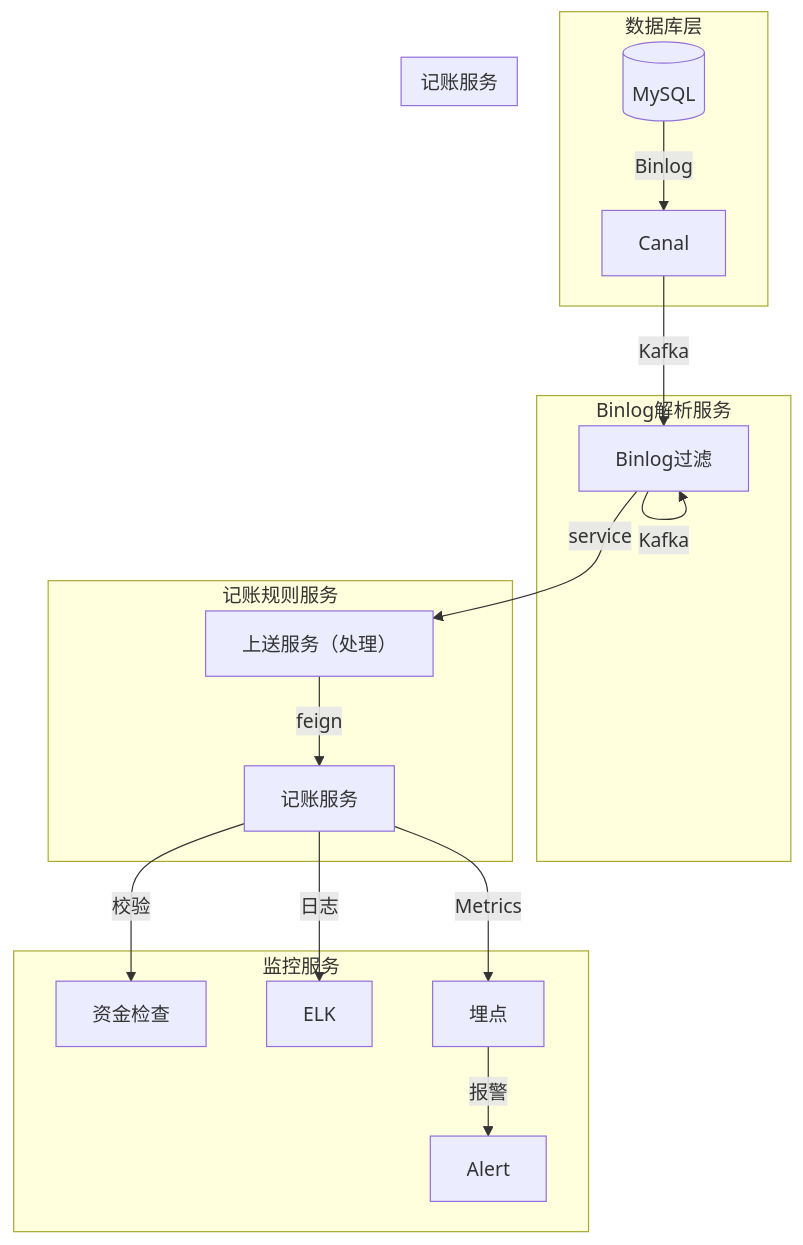
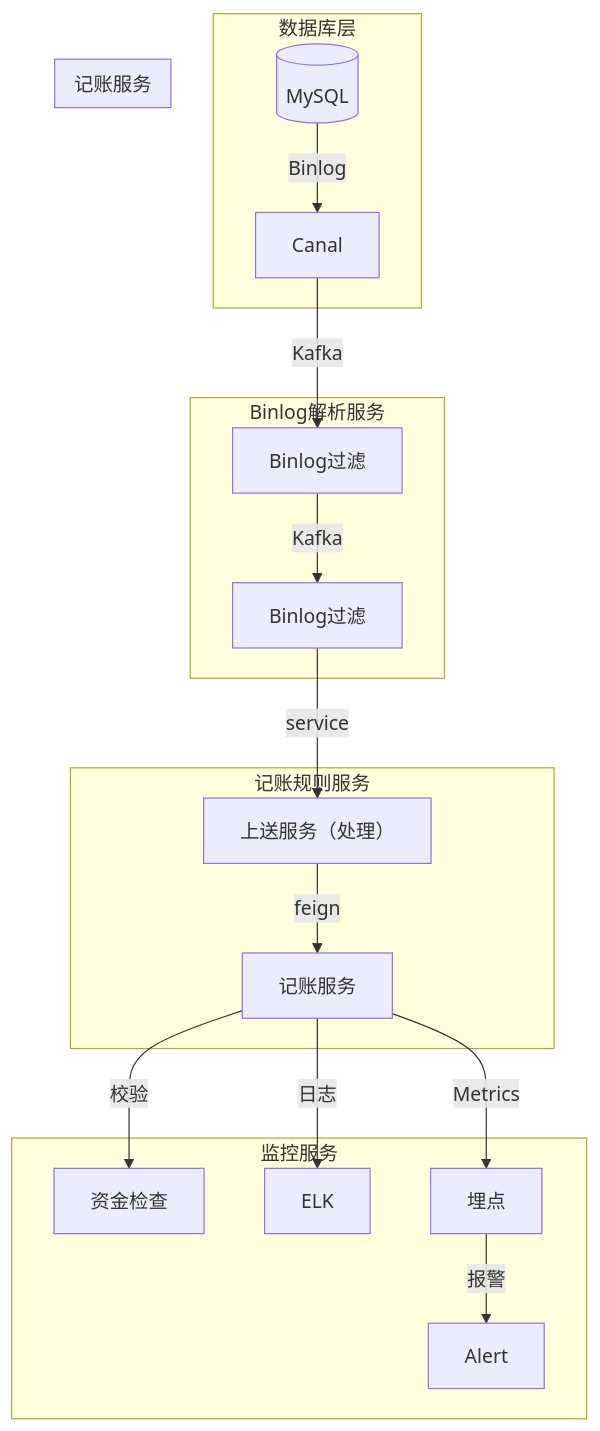
Before and after one commit to 87828943/iodraw-files: the diagram in all/记账架构图.md, drawn with Mermaid.

Commit message:
2025-07-07 14:42:20 update

````diff
--- a/all/记账架构图.md
+++ b/all/记账架构图.md
@@ -1,24 +1,24 @@
 ```mermaid
 graph TB
     subgraph 数据库层
         DB[(MySQL)] -->|Binlog| Canal
     end
     subgraph Binlog解析服务
         Canal -->|Kafka| Parser[Binlog过滤]
-        Parser -->|Kafka| Parser[Binlog过滤]
+        Parser -->|Kafka| Parser2[Binlog过滤]
     end
     subgraph 记账规则服务
         
-        Parser -->|service| Engine[上送服务（处理）]
+        Parser2 -->|service| Engine[上送服务（处理）]
         Engine -->|feign| Accounting[记账服务]
     end
     subgraph 记账服务
        
     end
     subgraph 监控服务
         Accounting --> |校验| 资金检查
         Accounting -->|日志| ELK
         Accounting -->|Metrics| 埋点
         埋点 -->|报警| Alert
     end
 ```
````
